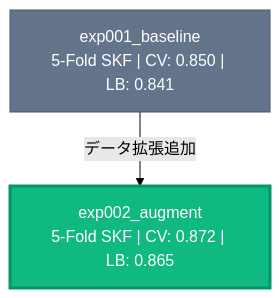
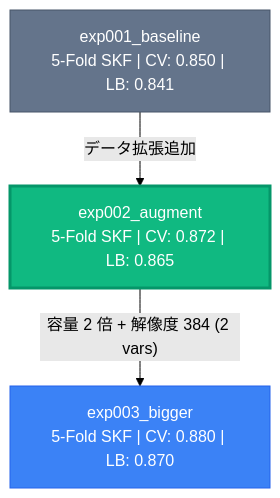
Before and after one commit to Prgckwb/kaggle-template: the diagram in docs/experiment-formats.md, drawn with Mermaid (forest theme). The commit also changed other lines of this file and 3 other files, not shown here.

````diff
--- a/docs/experiment-formats.md
+++ b/docs/experiment-formats.md
@@ -34,15 +39,18 @@
 ```mermaid
 graph TD
     A["exp001_baseline<br/>5-Fold SKF | CV: 0.850 | LB: 0.841"]
     B["exp002_augment<br/>5-Fold SKF | CV: 0.872 | LB: 0.865"]
+    C["exp003_bigger<br/>5-Fold SKF | CV: 0.880 | LB: 0.870"]
     A -- "データ拡張追加" --> B
+    B -- "容量 2 倍 + 解像度 384 (2 vars)" --> C
 
     classDef best fill:#10b981,stroke:#059669,color:#fff,stroke-width:3px
     classDef good fill:#3b82f6,stroke:#2563eb,color:#fff
     classDef base fill:#64748b,stroke:#475569,color:#fff
     classDef wip fill:#f59e0b,stroke:#d97706,color:#fff,stroke-dasharray:5 5
     classDef dead fill:#ef4444,stroke:#dc2626,color:#fff
 
     class A base
     class B best
+    class C good
 ```
````
